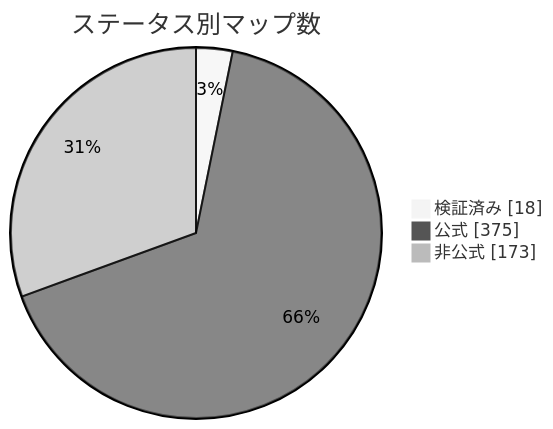
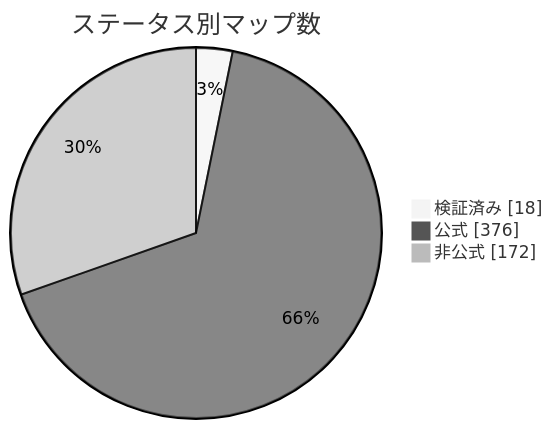
The diagram in docs/readme/README_JP.md (nobrega8/mbmap-library), drawn with Mermaid (neutral theme) before and after one commit. The commit also changed 6 other files, not shown here.

````diff
--- a/docs/readme/README_JP.md
+++ b/docs/readme/README_JP.md
@@ -54,7 +54,7 @@
 ```mermaid
 pie showData
     title ステータス別マップ数
     "検証済み" : 18
-    "公式" : 375
-    "非公式" : 173
+    "公式" : 376
+    "非公式" : 172
 ```
````
